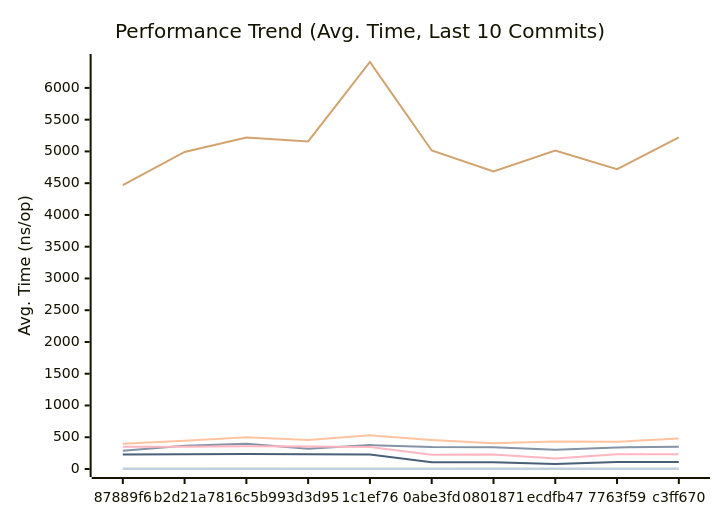
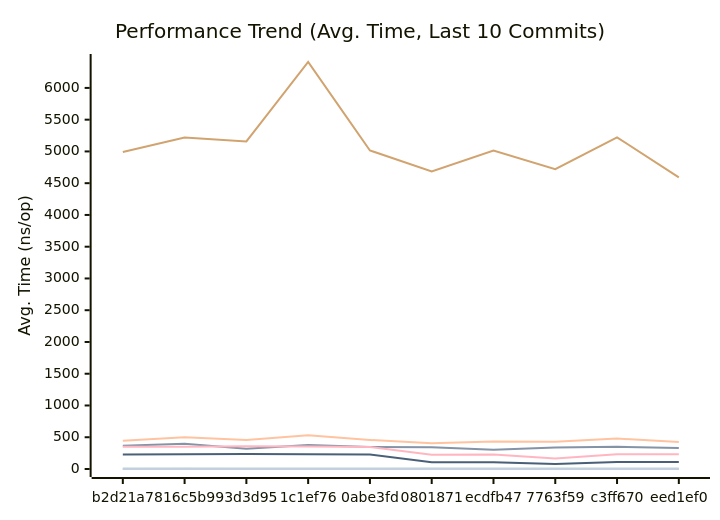
Before and after one commit to alsotoes/momo: the first of 3 diagrams in docs/PERFORMANCE.md, drawn with Mermaid. The commit also changed other lines of this file and 1 other file, not shown here.

````diff
--- a/docs/PERFORMANCE.md
+++ b/docs/PERFORMANCE.md
@@ -80,16 +80,16 @@
 ```mermaid
 xychart-beta
     title "Performance Trend (Avg. Time, Last 10 Commits)"
     x-axis "Commit"
     y-axis "Avg. Time (ns/op)"
-    x-axis [87889f6,b2d21a7,816c5b9,93d3d95,1c1ef76,0abe3fd,0801871,ecdfb47,7763f59,c3ff670]
-    line "CheckMetricsAndSwap" [9,9,11,8,8,8,11,9,9,8]
-    line "CrushOptimized" [289,365,398,317,376,346,342,303,340,351]
-    line "CrushOriginal" [396,445,499,458,531,458,405,434,429,480]
-    line "IndexDirectTracking" [0,0,0,0,0,0,1,0,0,0]
+    x-axis [b2d21a7,816c5b9,93d3d95,1c1ef76,0abe3fd,0801871,ecdfb47,7763f59,c3ff670,eed1ef0]
+    line "CheckMetricsAndSwap" [9,11,8,8,8,11,9,9,8,9]
+    line "CrushOptimized" [365,398,317,376,346,342,303,340,351,332]
+    line "CrushOriginal" [445,499,458,531,458,405,434,429,480,425]
+    line "IndexDirectTracking" [0,0,0,0,0,1,0,0,0,0]
     line "IndexSearch" [2,2,2,2,2,2,2,2,2,2]
-    line "LoadGlobalConfig" [4471,4992,5220,5157,6408,5015,4683,5014,4721,5222]
+    line "LoadGlobalConfig" [4992,5220,5157,6408,5015,4683,5014,4721,5222,4592]
     line "PadString" [2,2,2,2,2,2,2,2,2,2]
     line "ParseReplicationOrder_NoPrealloc" [350,349,357,354,345,225,229,165,232,234]
     line "ParseReplicationOrder_Prealloc" [229,231,237,234,229,108,107,80,110,109]
 ```
````
